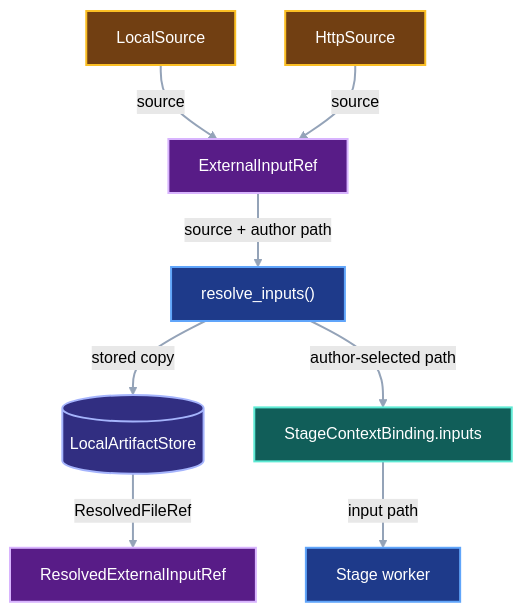
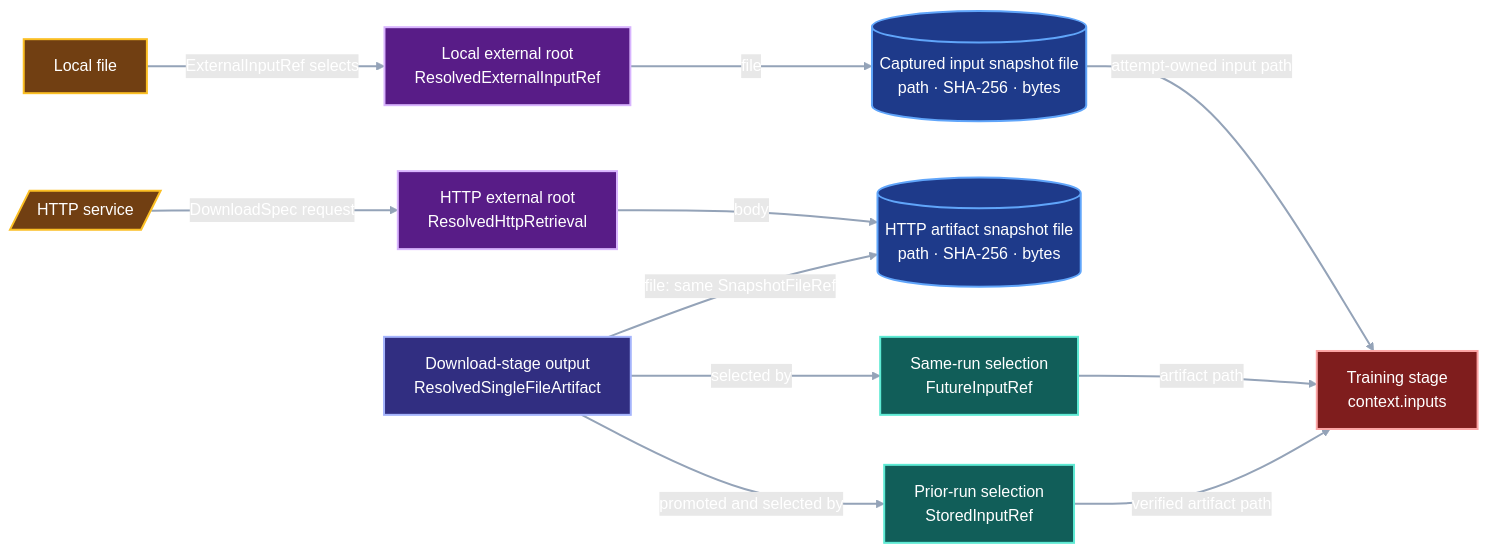
One commit to pvd232/viper changed the first of 4 diagrams in docs/development/external-input-roots.md. Above: the diagram before and after it, drawn with Mermaid (forest theme). The commit also changed other lines of this file and 1 other file, not shown here.

Commit message:
Restore external input contract detail

````diff
--- a/docs/development/external-input-roots.md
+++ b/docs/development/external-input-roots.md
@@ -41,22 +84,39 @@
 ```mermaid
-flowchart TB
-    Local["LocalSource"] -->|"source"| Ref["ExternalInputRef"]
-    Http["HttpSource"] -->|"source"| Ref
-    Ref -->|"source + author path"| Resolve["resolve_inputs()"]
-    Resolve -->|"stored copy"| Store[("LocalArtifactStore")]
-    Store -->|"ResolvedFileRef"| Evidence["ResolvedExternalInputRef"]
-    Resolve -->|"author-selected path"| Binding["StageContextBinding.inputs"]
-    Binding -->|"input path"| Worker["Stage worker"]
+flowchart LR
+    Local["Local file"]
+    Service[/"HTTP service"/]
+    LocalRoot["Local external root<br/>ResolvedExternalInputRef"]
+    Retrieval["HTTP external root<br/>ResolvedHttpRetrieval"]
+    LocalFile[("Captured input snapshot file<br/>path · SHA-256 · bytes")]
+    File[("HTTP artifact snapshot file<br/>path · SHA-256 · bytes")]
+    Artifact["Download-stage output<br/>ResolvedSingleFileArtifact"]
+    SameRun["Same-run selection<br/>FutureInputRef"]
+    PriorRun["Prior-run selection<br/>StoredInputRef"]
+    Train["Training stage<br/>context.inputs"]
 
-    class Local,Http declaration
-    class Ref,Evidence record
-    class Resolve,Worker execution
-    class Store storage
-    class Binding boundary
-    classDef declaration fill:#713f12,stroke:#fbbf24,color:#ffffff,stroke-width:2px
-    classDef record fill:#581c87,stroke:#d8b4fe,color:#ffffff,stroke-width:2px
-    classDef execution fill:#1e3a8a,stroke:#60a5fa,color:#ffffff,stroke-width:2px
-    classDef storage fill:#312e81,stroke:#a5b4fc,color:#ffffff,stroke-width:2px
-    classDef boundary fill:#115e59,stroke:#5eead4,color:#ffffff,stroke-width:2px
+    Local -->|"ExternalInputRef selects"| LocalRoot
+    LocalRoot -->|"file"| LocalFile
+    LocalFile -->|"attempt-owned input path"| Train
+    Service -->|"DownloadSpec request"| Retrieval
+    Retrieval -->|"body"| File
+    Artifact -->|"file: same SnapshotFileRef"| File
+    Artifact -->|"selected by"| SameRun
+    Artifact -->|"promoted and selected by"| PriorRun
+    SameRun -->|"artifact path"| Train
+    PriorRun -->|"verified artifact path"| Train
+
+    class Local,Service external
+    class LocalRoot,Retrieval root
+    class LocalFile,File evidence
+    class Artifact artifact
+    class SameRun,PriorRun reference
+    class Train consumer
+
+    classDef external fill:#713f12,stroke:#fbbf24,color:#ffffff,stroke-width:2px
+    classDef root fill:#581c87,stroke:#d8b4fe,color:#ffffff,stroke-width:2px
+    classDef evidence fill:#1e3a8a,stroke:#60a5fa,color:#ffffff,stroke-width:2px
+    classDef artifact fill:#312e81,stroke:#a5b4fc,color:#ffffff,stroke-width:2px
+    classDef reference fill:#115e59,stroke:#5eead4,color:#ffffff,stroke-width:2px
+    classDef consumer fill:#7f1d1d,stroke:#fca5a5,color:#ffffff,stroke-width:2px
     linkStyle default stroke:#94a3b8,stroke-width:2px
 ```
````
